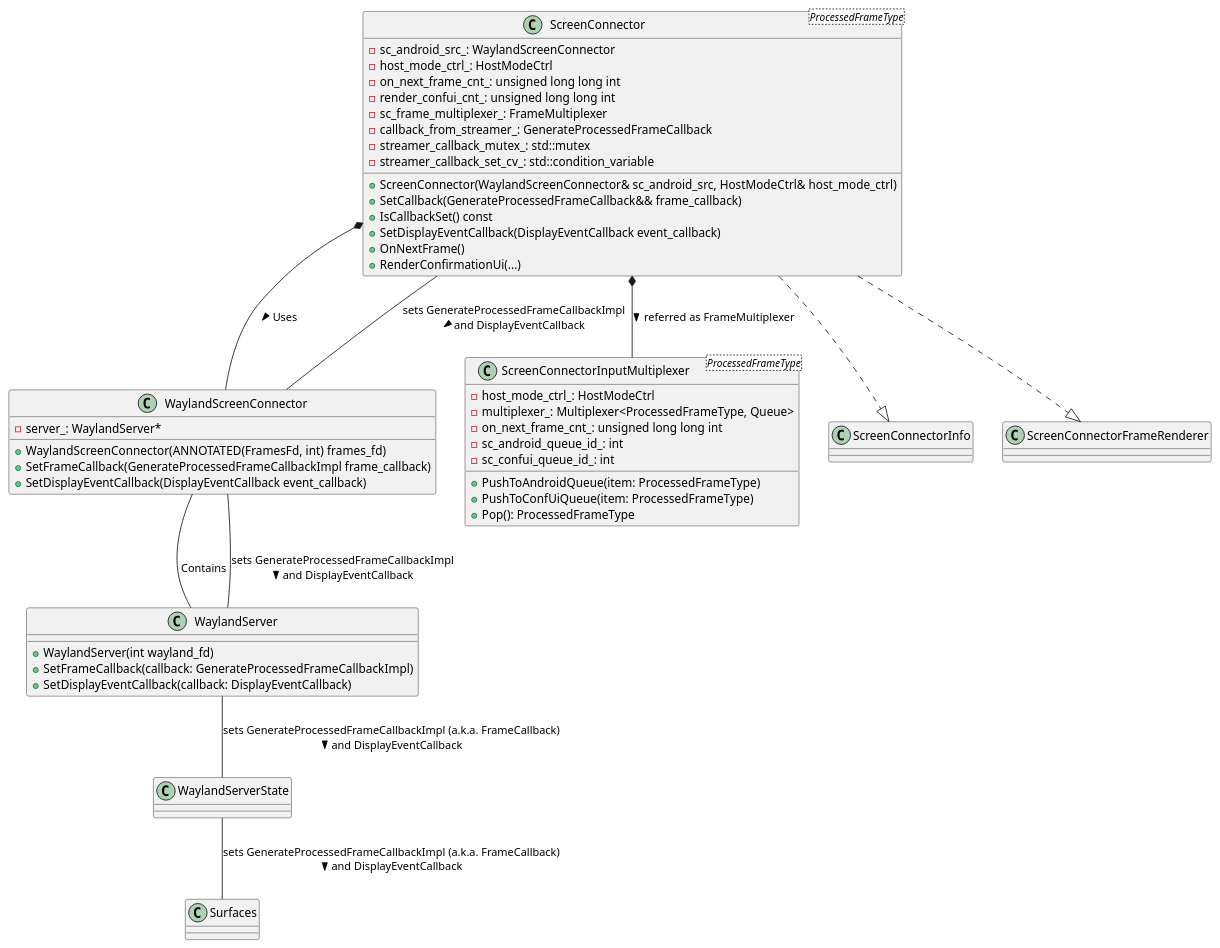
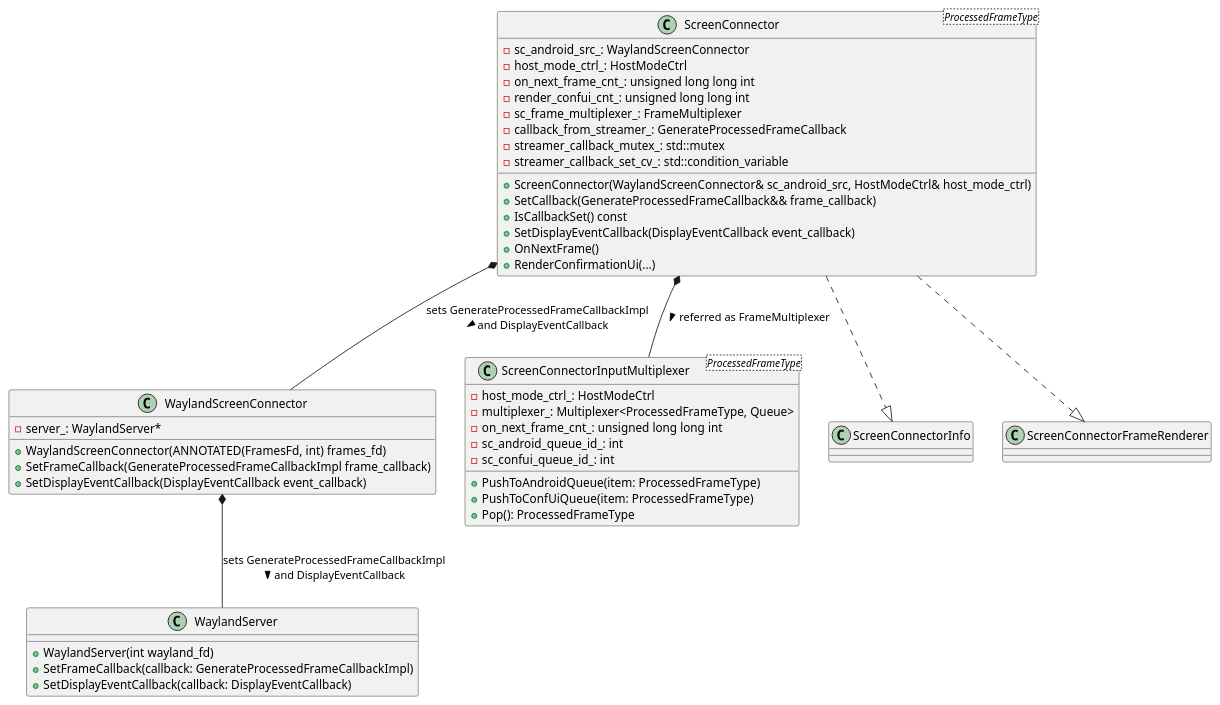
One commit to dmitvitalii/cf_diagrams changed the diagram in screen_connector_diagram.puml. Above: the diagram before and after it, drawn with PlantUML. The commit also changed 1 other file, not shown here.

```diff
--- a/screen_connector_diagram.puml
+++ b/screen_connector_diagram.puml
@@ -1,59 +1,53 @@
 @startuml
 
 class WaylandScreenConnector {
   -server_: WaylandServer*
   +WaylandScreenConnector(ANNOTATED(FramesFd, int) frames_fd)
   +SetFrameCallback(GenerateProcessedFrameCallbackImpl frame_callback)
   +SetDisplayEventCallback(DisplayEventCallback event_callback)
 }
 
 class WaylandServer {
   +WaylandServer(int wayland_fd)
   +SetFrameCallback(callback: GenerateProcessedFrameCallbackImpl)
   +SetDisplayEventCallback(callback: DisplayEventCallback)
 }
 
 class ScreenConnector<ProcessedFrameType> {
   -sc_android_src_: WaylandScreenConnector
   -host_mode_ctrl_: HostModeCtrl
   -on_next_frame_cnt_: unsigned long long int
   -render_confui_cnt_: unsigned long long int
   -sc_frame_multiplexer_: FrameMultiplexer
   -callback_from_streamer_: GenerateProcessedFrameCallback
   -streamer_callback_mutex_: std::mutex
   -streamer_callback_set_cv_: std::condition_variable
   +ScreenConnector(WaylandScreenConnector& sc_android_src, HostModeCtrl& host_mode_ctrl)
   +SetCallback(GenerateProcessedFrameCallback&& frame_callback)
   +IsCallbackSet() const
   +SetDisplayEventCallback(DisplayEventCallback event_callback)
   +OnNextFrame()
   +RenderConfirmationUi(...)
 }
 
 class ScreenConnectorInputMultiplexer<ProcessedFrameType> {
   - host_mode_ctrl_: HostModeCtrl
   - multiplexer_: Multiplexer<ProcessedFrameType, Queue>
   - on_next_frame_cnt_: unsigned long long int
   - sc_android_queue_id_: int
   - sc_confui_queue_id_: int
   + PushToAndroidQueue(item: ProcessedFrameType)
   + PushToConfUiQueue(item: ProcessedFrameType)
   + Pop(): ProcessedFrameType
 }
 
 
 ScreenConnector ..|> ScreenConnectorInfo
 ScreenConnector ..|> ScreenConnectorFrameRenderer
 
 ScreenConnector *-- ScreenConnectorInputMultiplexer : referred as FrameMultiplexer >
 
-ScreenConnector *-- WaylandScreenConnector : Uses >
-
-WaylandScreenConnector -- WaylandServer : Contains
-
-ScreenConnector -- WaylandScreenConnector : sets GenerateProcessedFrameCallbackImpl\nand DisplayEventCallback >
-WaylandScreenConnector -- WaylandServer : sets GenerateProcessedFrameCallbackImpl\nand DisplayEventCallback >
-WaylandServer -- WaylandServerState : sets GenerateProcessedFrameCallbackImpl (a.k.a. FrameCallback)\nand DisplayEventCallback >
-WaylandServerState -- Surfaces : sets GenerateProcessedFrameCallbackImpl (a.k.a. FrameCallback)\nand DisplayEventCallback >
+ScreenConnector *-- WaylandScreenConnector : sets GenerateProcessedFrameCallbackImpl\nand DisplayEventCallback >
+WaylandScreenConnector *-- WaylandServer : sets GenerateProcessedFrameCallbackImpl\nand DisplayEventCallback >
 
 @enduml
```
